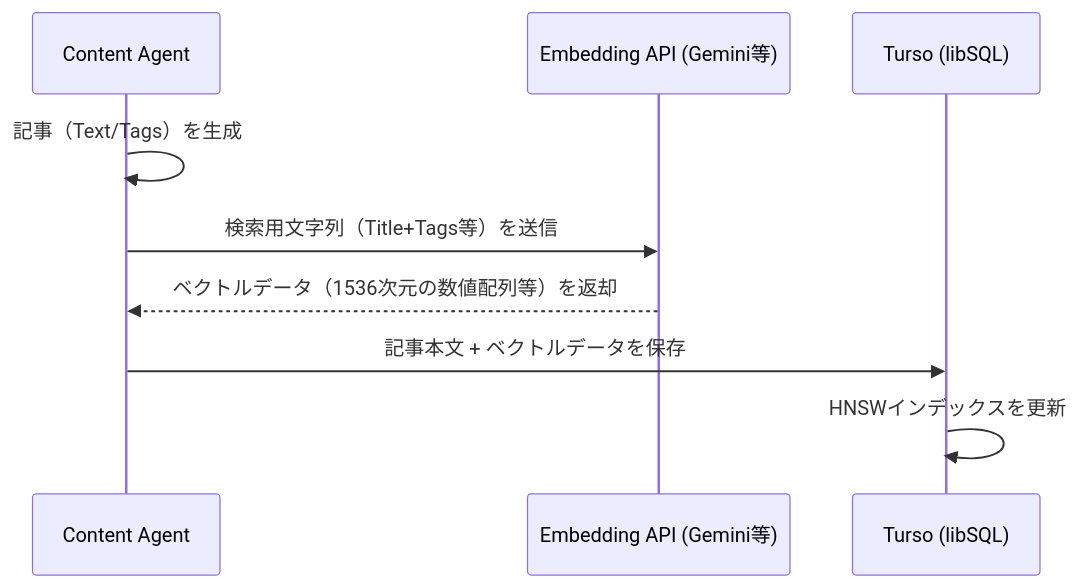
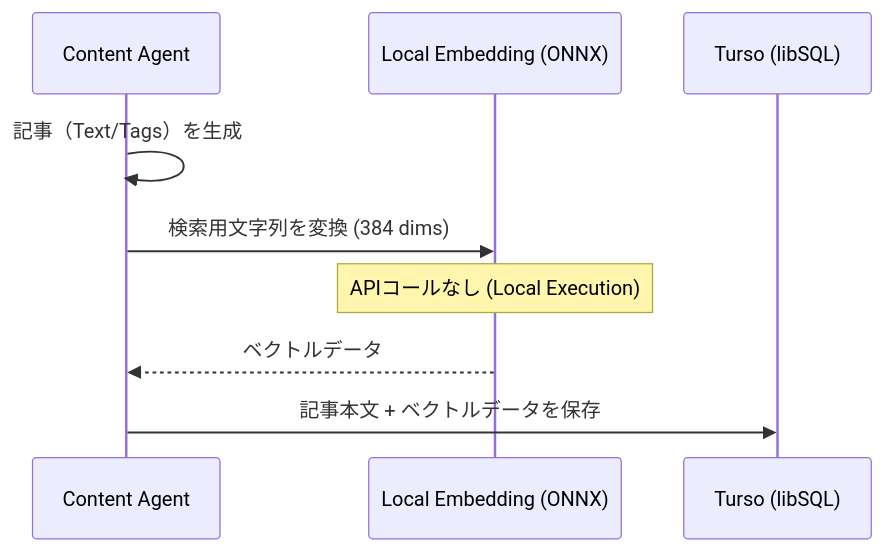
The second of 3 diagrams in docs/05_design/database-schema.md (preludio-lab/preludio-lab), drawn with Mermaid before and after one commit. The commit also changed other lines of this file, not shown here.

Commit message:
docs: adopt OSS model for scalable vector search architecture

````diff
--- a/docs/05_design/database-schema.md
+++ b/docs/05_design/database-schema.md
@@ -139,12 +140,12 @@
 ```mermaid
 sequenceDiagram
     participant Agent as Content Agent
-    participant AI as Embedding API (Gemini等)
+    participant LocalAI as Local Embedding (ONNX)
     participant DB as Turso (libSQL)
 
     Agent->>Agent: 記事（Text/Tags）を生成
-    Agent->>AI: 検索用文字列（Title+Tags等）を送信
-    AI-->>Agent: ベクトルデータ（1536次元の数値配列等）を返却
+    Agent->>LocalAI: 検索用文字列を変換 (384 dims)
+    Note over LocalAI: APIコールなし (Local Execution)
+    LocalAI-->>Agent: ベクトルデータ
     Agent->>DB: 記事本文 + ベクトルデータを保存
-    DB->>DB: HNSWインデックスを更新
 ```
````
